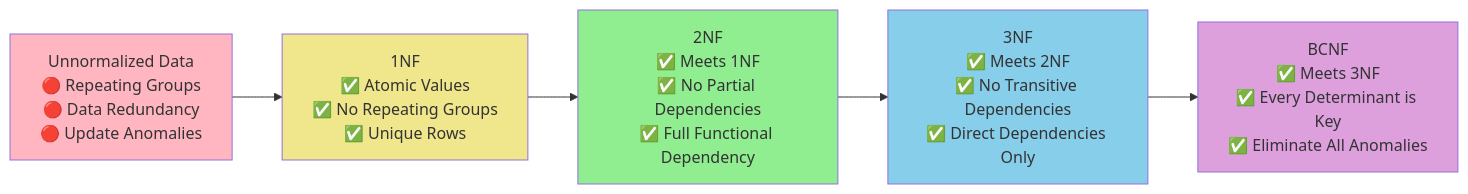
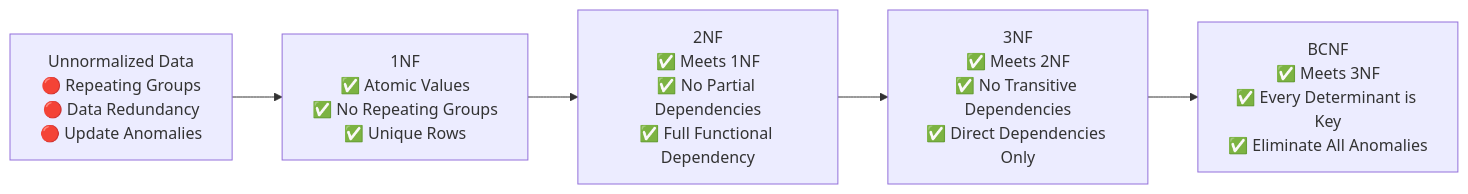
Before and after one commit to Ritahchanger/system_design: the third of 8 diagrams in databases/docs/relational.md, drawn with Mermaid. The commit also changed other lines of this file and 5 other files, not shown here.

Commit message:
Updated visual diagrams and added readme for database case studies

````diff
--- a/databases/docs/relational.md
+++ b/databases/docs/relational.md
@@ -82,13 +77,8 @@
 ```mermaid
 flowchart LR
     A[Unnormalized Data<br/>🔴 Repeating Groups<br/>🔴 Data Redundancy<br/>🔴 Update Anomalies] --> B[1NF<br/>✅ Atomic Values<br/>✅ No Repeating Groups<br/>✅ Unique Rows]
     B --> C[2NF<br/>✅ Meets 1NF<br/>✅ No Partial Dependencies<br/>✅ Full Functional Dependency]
     C --> D[3NF<br/>✅ Meets 2NF<br/>✅ No Transitive Dependencies<br/>✅ Direct Dependencies Only]
     D --> E[BCNF<br/>✅ Meets 3NF<br/>✅ Every Determinant is Key<br/>✅ Eliminate All Anomalies]
     
-    style A fill:#FFB6C1
-    style B fill:#F0E68C
-    style C fill:#90EE90
-    style D fill:#87CEEB
-    style E fill:#DDA0DD
 ```
````
